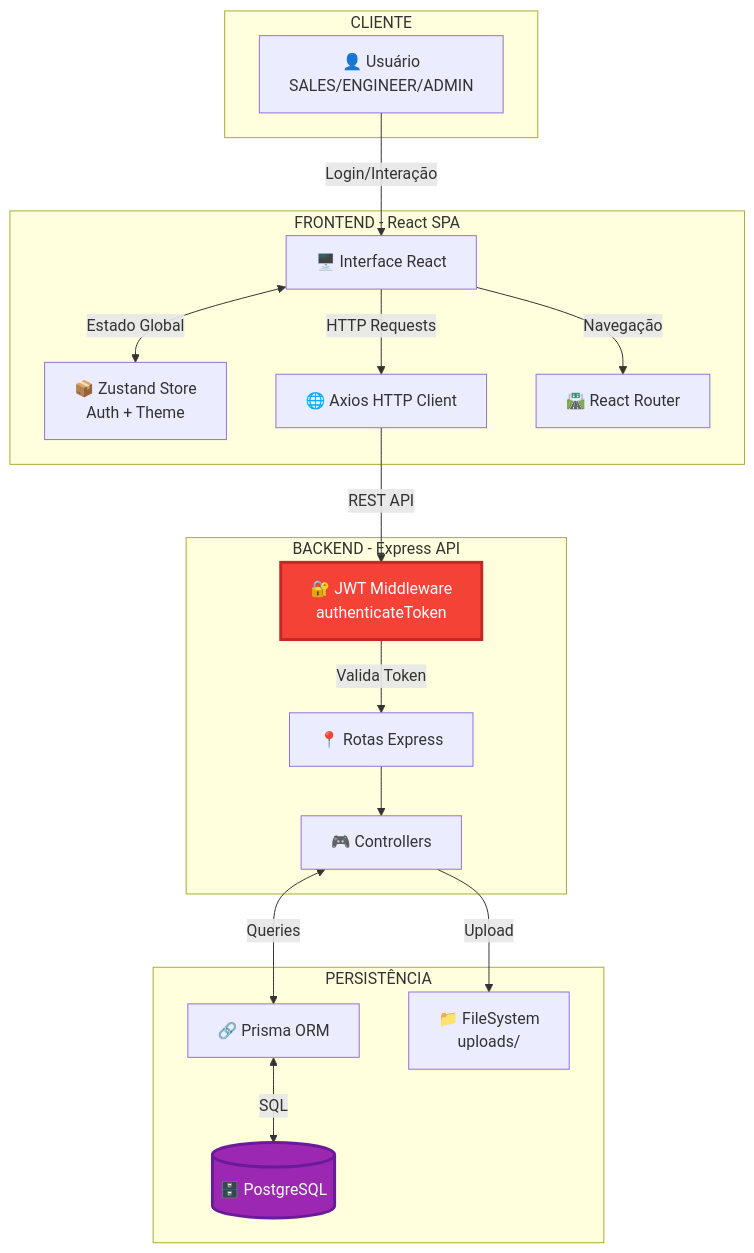
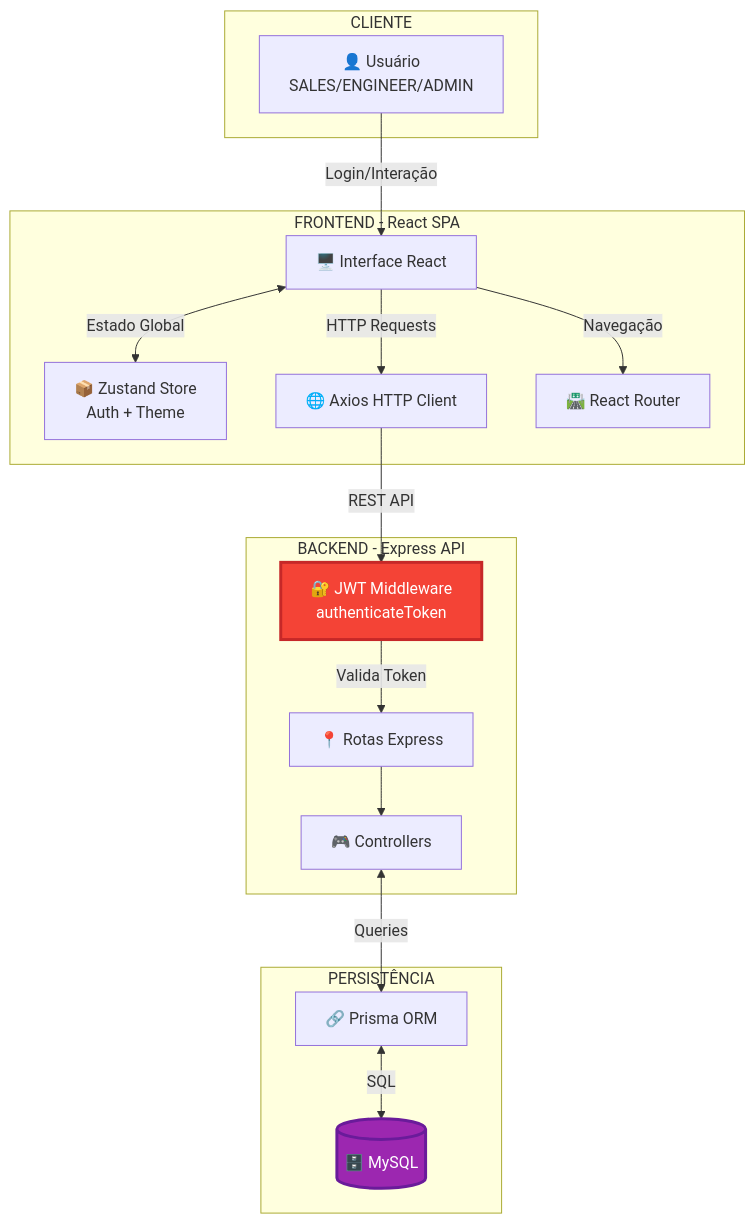
Before and after one commit to OEscolh1do/nexus-api: the first of 5 diagrams in DFD.md, drawn with Mermaid. The commit also changed other lines of this file and 555 other files, not shown here.

````diff
--- a/DFD.md
+++ b/DFD.md
@@ -16,39 +17,37 @@
 ```mermaid
 graph TB
     subgraph "CLIENTE"
         USER[👤 Usuário<br/>SALES/ENGINEER/ADMIN]
     end
 
     subgraph "FRONTEND - React SPA"
         UI[🖥️ Interface React]
         ZUSTAND[📦 Zustand Store<br/>Auth + Theme]
         AXIOS[🌐 Axios HTTP Client]
         ROUTER[🛣️ React Router]
     end
 
     subgraph "BACKEND - Express API"
         MIDDLEWARE[🔐 JWT Middleware<br/>authenticateToken]
         ROUTES[📍 Rotas Express]
         CONTROLLERS[🎮 Controllers]
     end
 
     subgraph "PERSISTÊNCIA"
         PRISMA[🔗 Prisma ORM]
-        DB[(🗄️ PostgreSQL)]
-        FS[📁 FileSystem<br/>uploads/]
+        DB[(🗄️ MySQL)]
     end
 
     USER -->|Login/Interação| UI
     UI <-->|Estado Global| ZUSTAND
     UI -->|Navegação| ROUTER
     UI -->|HTTP Requests| AXIOS
     AXIOS -->|REST API| MIDDLEWARE
     MIDDLEWARE -->|Valida Token| ROUTES
     ROUTES --> CONTROLLERS
     CONTROLLERS <-->|Queries| PRISMA
     PRISMA <-->|SQL| DB
-    CONTROLLERS -->|Upload| FS
 
     style MIDDLEWARE fill:#f44336,stroke:#c62828,stroke-width:3px,color:#fff
     style DB fill:#9c27b0,stroke:#6a1b9a,stroke-width:3px,color:#fff
 ```
````
